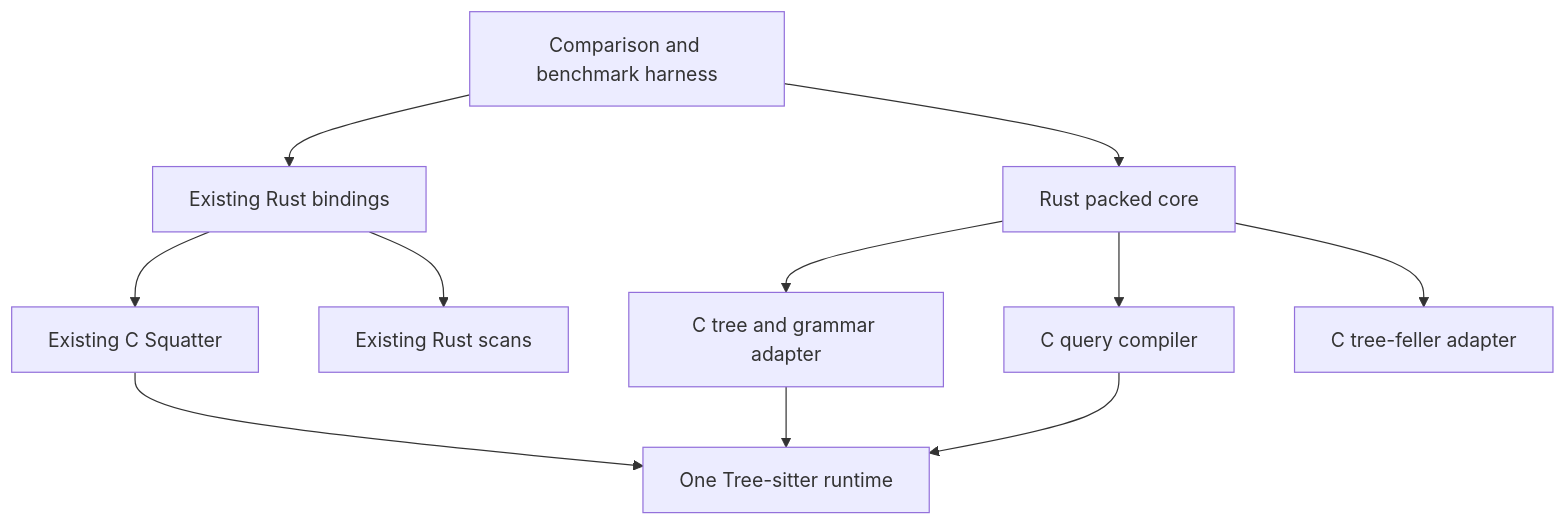
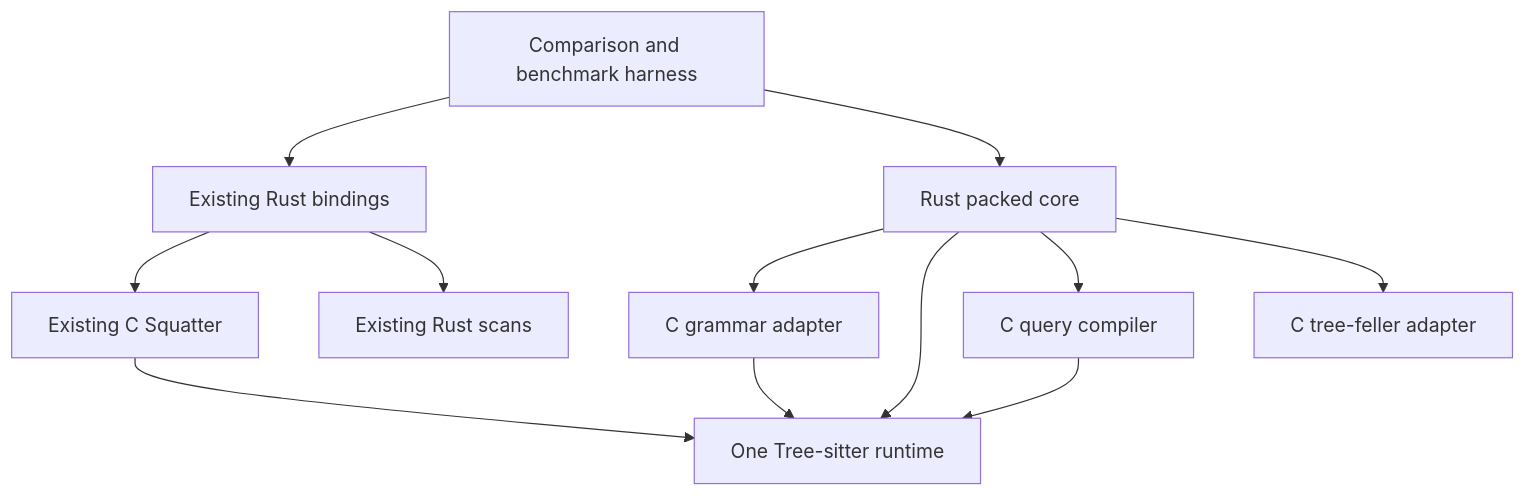
The diagram in rust-core-design.md (mgsloan/tree-sitter), drawn with Mermaid before and after one commit. The commit also changed other lines of this file and 14 other files, not shown here.

````diff
--- a/rust-core-design.md
+++ b/rust-core-design.md
@@ -81,13 +81,14 @@
 ```mermaid
 flowchart TD
     Bench[Comparison and benchmark harness] --> Reference[Existing Rust bindings]
     Reference --> CCore[Existing C Squatter]
     Reference --> ReferenceScans[Existing Rust scans]
     Bench --> RustCore[Rust packed core]
-    RustCore --> Adapter[C tree and grammar adapter]
+    RustCore --> Adapter[C grammar adapter]
+    RustCore --> TS
     RustCore --> Compiler[C query compiler]
     RustCore --> Feller[C tree-feller adapter]
     CCore --> TS[One Tree-sitter runtime]
     Adapter --> TS
     Compiler --> TS
 ```
````
